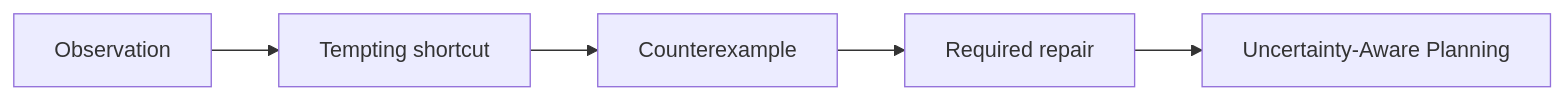
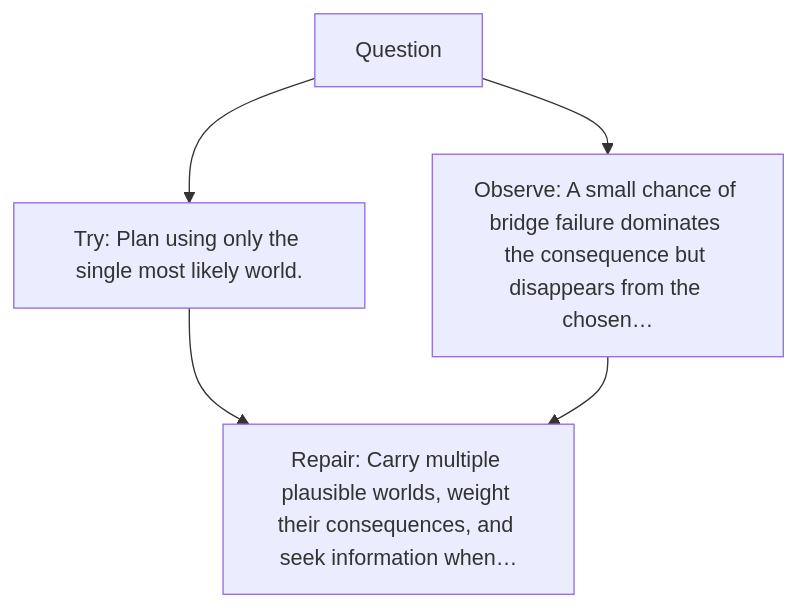
The diagram in excavations/143-uncertainty-aware-planning/diagram.md (kleem-labs/AI-Archaeology), drawn with Mermaid before and after one commit. The commit also changed other lines of this file and 288 other files, not shown here.

````diff
--- a/excavations/143-uncertainty-aware-planning/diagram.md
+++ b/excavations/143-uncertainty-aware-planning/diagram.md
@@ -3,7 +5,7 @@
 ```mermaid
-flowchart LR
-    A["Observation"] --> B["Tempting shortcut"]
-    B --> C["Counterexample"]
-    C --> D["Required repair"]
-    D --> E["Uncertainty-Aware Planning"]
+flowchart TD
+    A["Question"] --> B["Try: Plan using only the single most likely world."]
+    A --> C["Observe: A small chance of bridge failure dominates the consequence but disappears from the chosen…"]
+    B --> D["Repair: Carry multiple plausible worlds, weight their consequences, and seek information when…"]
+    C --> D
 ```
````
